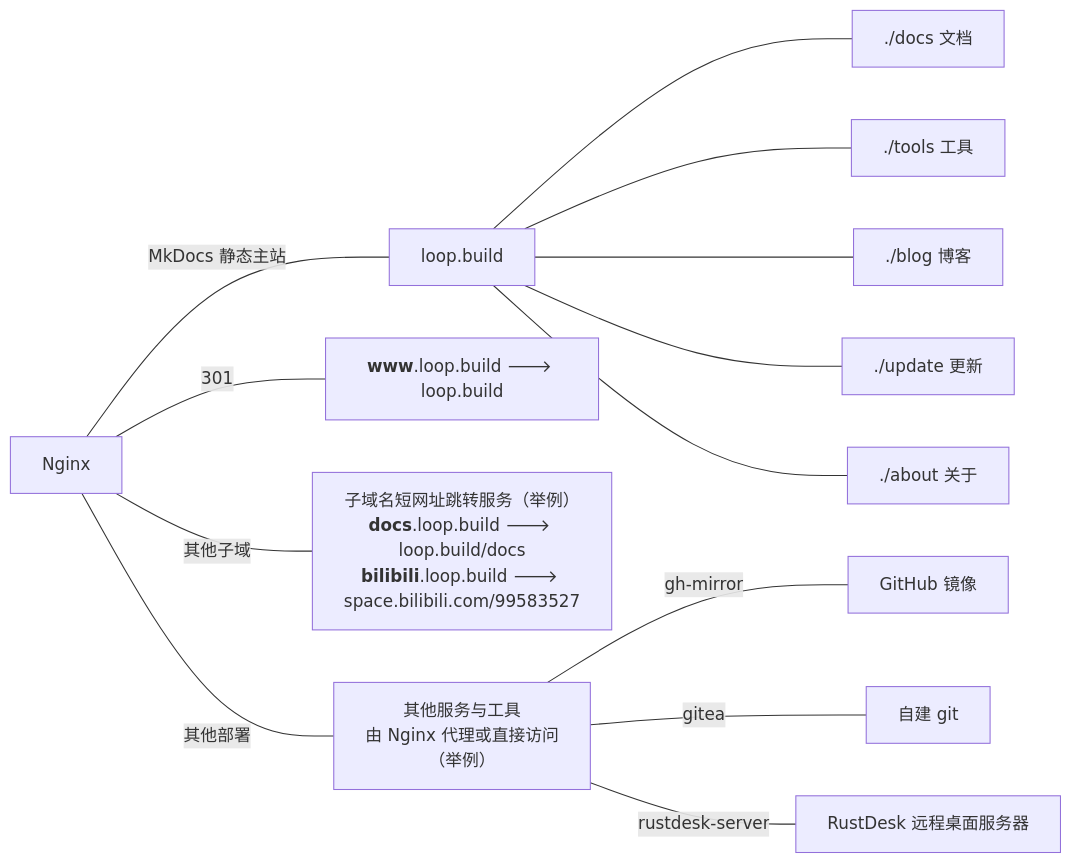
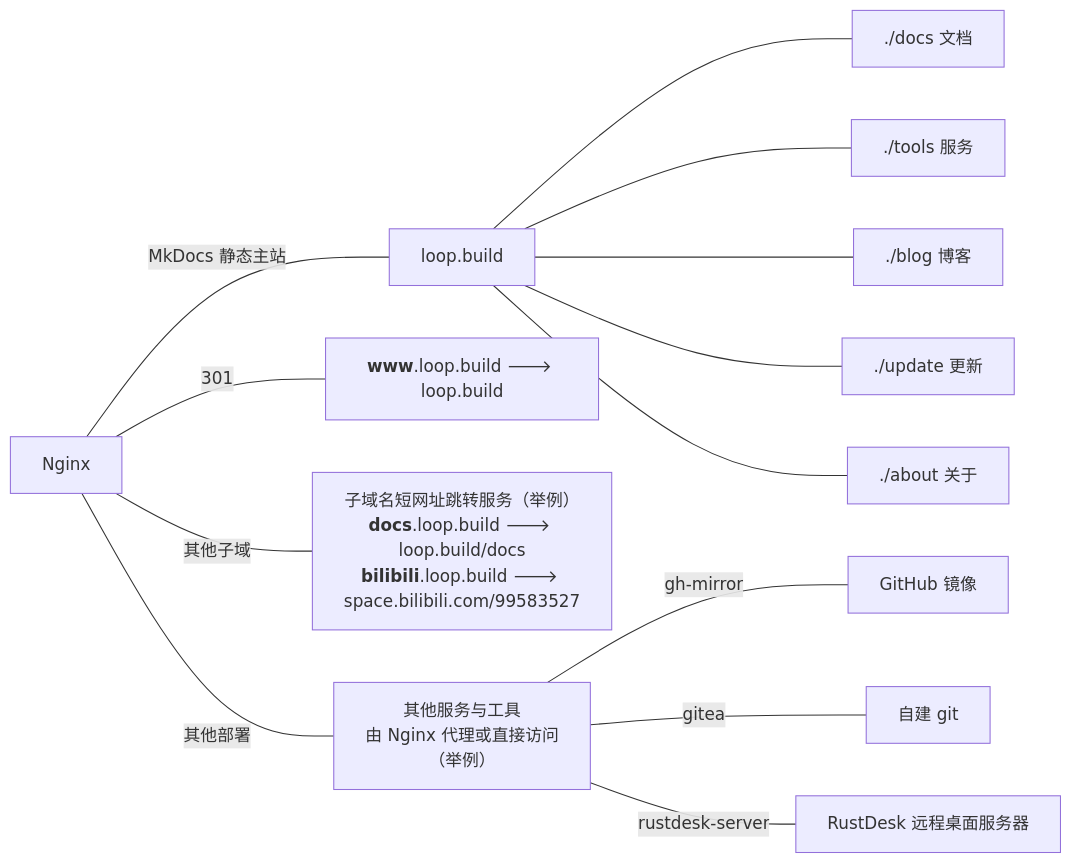
One commit to zetaloop/loop.build changed the second of 2 diagrams in MkDocs/docs/tools/server/stack.md. Above: the diagram before and after it, drawn with Mermaid. The commit also changed other lines of this file and 3 other files, not shown here.

````diff
--- a/MkDocs/docs/tools/server/stack.md
+++ b/MkDocs/docs/tools/server/stack.md
@@ -12,29 +12,29 @@
 ```mermaid
 flowchart LR
     nginx[Nginx]
     loop_main[loop.build]
     nginx_redirect[<b>www</b>.loop.build 🡒 loop.build]
     docs[./docs 文档]
-    tools[./tools 工具]
+    tools[./tools 服务]
     blog[./blog 博客]
     update[./update 更新]
     about[./about 关于]
     redirector[子域名短网址跳转服务（举例）\n<b>docs</b>.loop.build 🡒 loop.build/docs\n<b>bilibili</b>.loop.build 🡒 space.bilibili.com/99583527]
     other_tools[其他服务与工具\n由 Nginx 代理或直接访问\n（举例）]
     gh-mirror[GitHub 镜像]
     gitea[自建 git]
     rustdesk-server[RustDesk 远程桌面服务器]
 
     nginx ---|MkDocs 静态主站| loop_main
     nginx ---|301| nginx_redirect
     loop_main --- docs
     loop_main --- tools
     loop_main --- blog
     loop_main --- update
     loop_main --- about
     nginx ---|其他子域| redirector
     nginx ---|其他部署| other_tools
     other_tools ---|gh-mirror| gh-mirror
     other_tools ---|gitea| gitea
     other_tools ---|rustdesk-server| rustdesk-server
 ```
````
